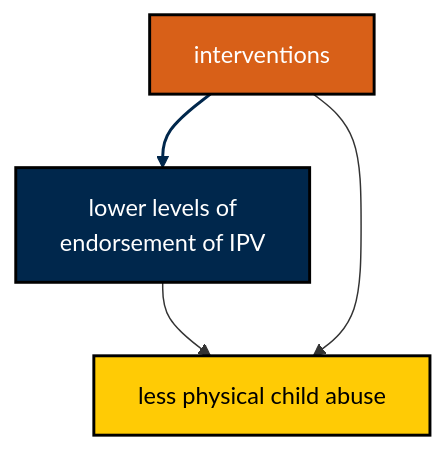
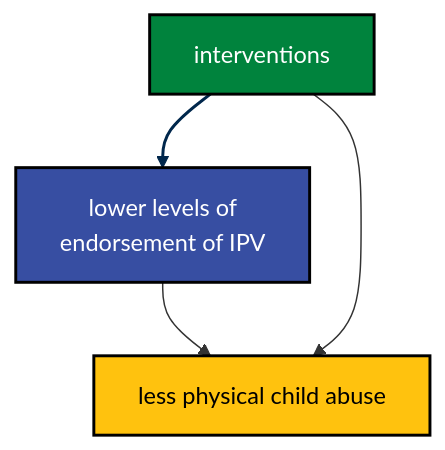
The third of 4 diagrams in spillover-of-violence/spillover-of-violence.qmd (agrogan1/closeread), drawn with Mermaid before and after one commit. The commit also changed other lines of this file and 1 other file, not shown here.

````diff
--- a/spillover-of-violence/spillover-of-violence.qmd
+++ b/spillover-of-violence/spillover-of-violence.qmd
@@ -261,21 +271,23 @@
 ```{mermaid}
 flowchart TB
   %% Nodes %%
-  classDef maize fill:#FFCB05,stroke:#000000,stroke-width:2px,color:#000000;
+  classDef yellow fill:#FFC20E,stroke:#000000,stroke-width:2px,color:#000000;
   
-  classDef blue fill:#00274C,stroke:#000000,stroke-width:2px,color:#FFFFFF;
+  classDef blue fill:#374EA2,stroke:#000000,stroke-width:2px,color:#FFFFFF;
+  
+  classDef green fill:#00833D,stroke:#000000,stroke-width:2px,color:#FFFFFF;
   
   classDef orange fill:#D86018,stroke:#000000,stroke-width:2px,color:#FFFFFF;
   
   classDef red fill:#9A3324,stroke:#000000,stroke-width:2px,color:#FFFFFF;
 
-  interventions:::orange --> IPV[lower levels of \nendorsement of IPV]:::blue
+  interventions:::green --> IPV[lower levels of \nendorsement of IPV]:::blue
   
-  IPV --> pabuse[less physical child abuse]:::maize
+  IPV --> pabuse[less physical child abuse]:::yellow
   
   interventions --> pabuse
   
   %% Links %%
   linkStyle 0 stroke:#00274C,stroke-width:2px,color:red;
 
 ```
````
